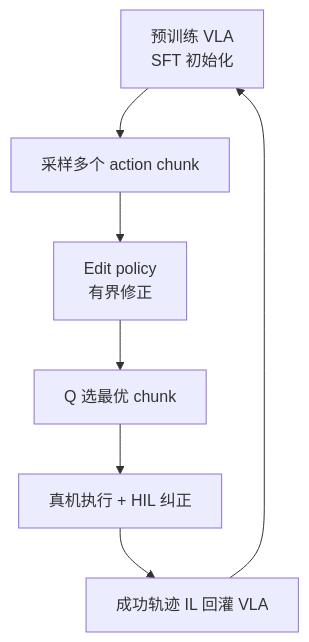
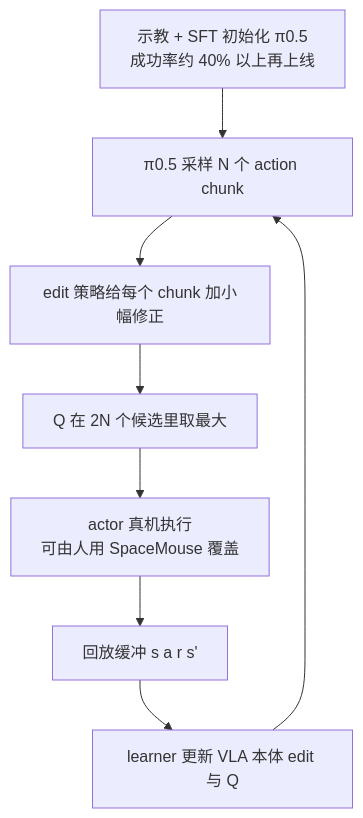
Before and after one commit to ImChong/Robotics_Notebooks: the diagram in wiki/entities/paper-expo-ft.md, drawn with Mermaid. The commit also changed other lines of this file and 196 other files, not shown here.

````diff
--- a/wiki/entities/paper-expo-ft.md
+++ b/wiki/entities/paper-expo-ft.md
@@ -65,11 +70,11 @@
 ```mermaid
 flowchart TB
-  vla["预训练 VLA<br/>SFT 初始化"]
-  samp["采样多个 action chunk"]
-  edit["Edit policy<br/>有界修正"]
-  q["Q 选最优 chunk"]
-  exec["真机执行 + HIL 纠正"]
-  absorb["成功轨迹 IL 回灌 VLA"]
-  vla --> samp --> edit --> q --> exec
-  exec --> absorb --> vla
+  sft["示教 + SFT 初始化 π0.5<br/>成功率约 40% 以上再上线"]
+  prop["π0.5 采样 N 个 action chunk"]
+  edit["edit 策略给每个 chunk 加小幅修正"]
+  q["Q 在 2N 个候选里取最大"]
+  act["actor 真机执行<br/>可由人用 SpaceMouse 覆盖"]
+  buf["回放缓冲 s a r s'"]
+  upd["learner 更新 VLA 本体 edit 与 Q"]
+  sft --> prop --> edit --> q --> act --> buf --> upd --> prop
 ```
````
